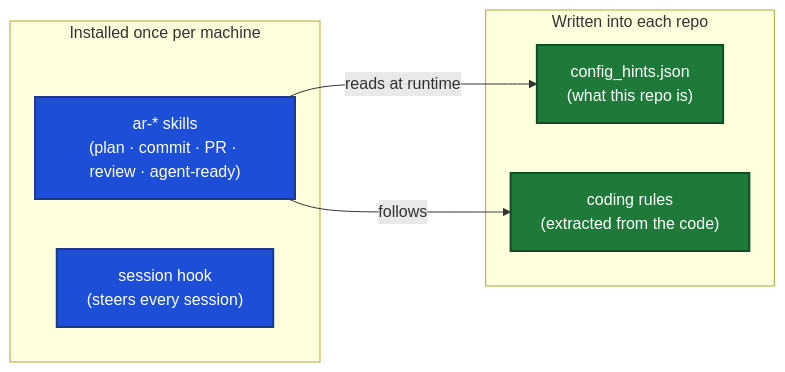
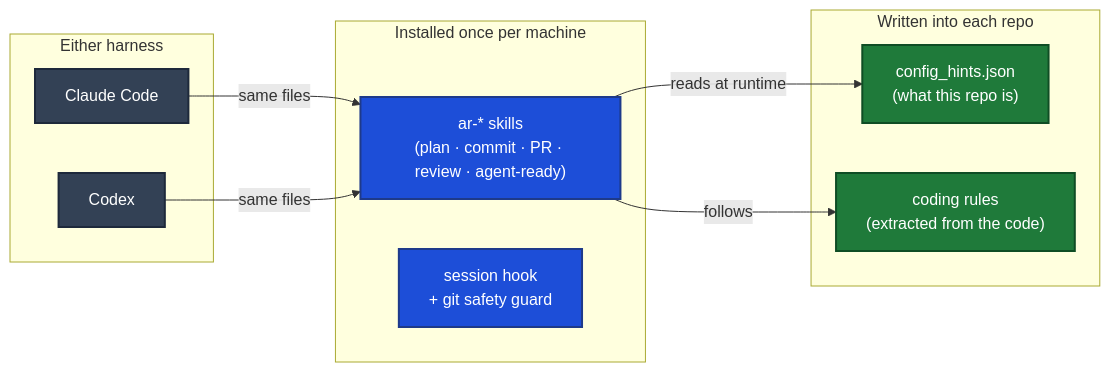
One commit to mahsanamin/agentic-repos changed the diagram in README.md. Above: the diagram before and after it, drawn with Mermaid. The commit also changed other lines of this file and 48 other files, not shown here.

````diff
--- a/README.md
+++ b/README.md
@@ -32,16 +33,23 @@
 ```mermaid
 flowchart LR
+  subgraph HARN["Either harness"]
+    CC["Claude Code"]
+    CX["Codex"]
+  end
   subgraph G["Installed once per machine"]
     S["ar-* skills<br/>(plan · commit · PR · review · agent-ready)"]
-    H["session hook<br/>(steers every session)"]
+    H["session hook<br/>+ git safety guard"]
   end
   subgraph R["Written into each repo"]
     C["config_hints.json<br/>(what this repo is)"]
     U["coding rules<br/>(extracted from the code)"]
   end
+  CC -->|"same files"| S
+  CX -->|"same files"| S
   S -->|"reads at runtime"| C
   S -->|"follows"| U
+  classDef h fill:#334155,stroke:#1e293b,color:#ffffff,stroke-width:2px;
   classDef g fill:#1d4ed8,stroke:#1e3a8a,color:#ffffff,stroke-width:2px;
   classDef r fill:#1f7a3a,stroke:#0f4d24,color:#ffffff,stroke-width:2px;
-  class S,H g; class C,U r;
+  class CC,CX h; class S,H g; class C,U r;
 ```
````
